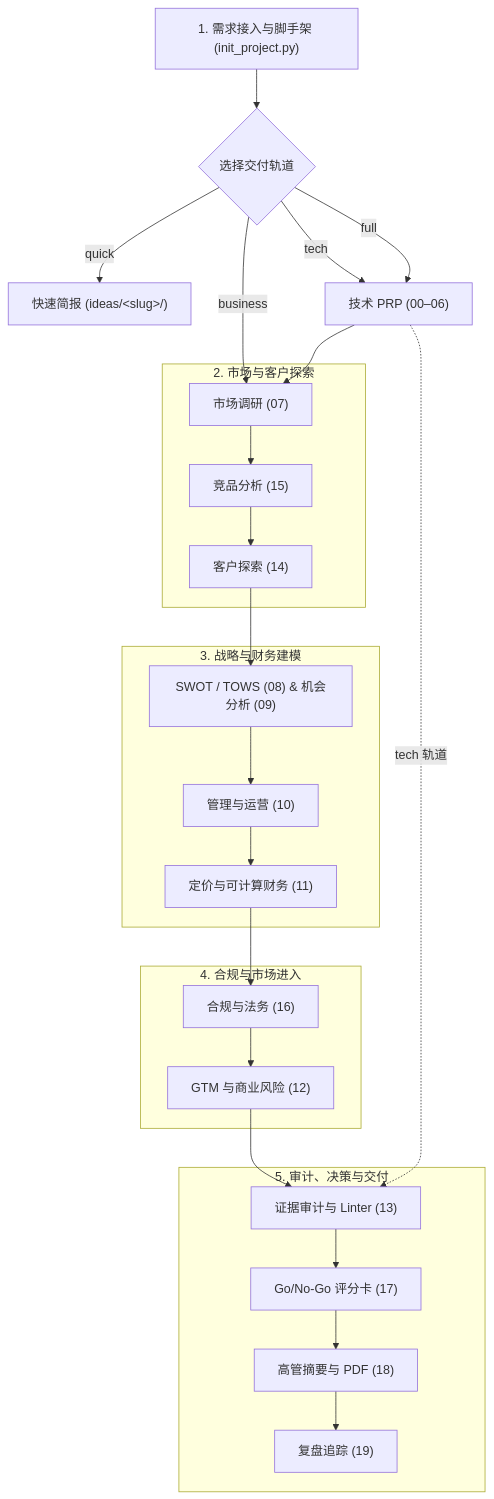
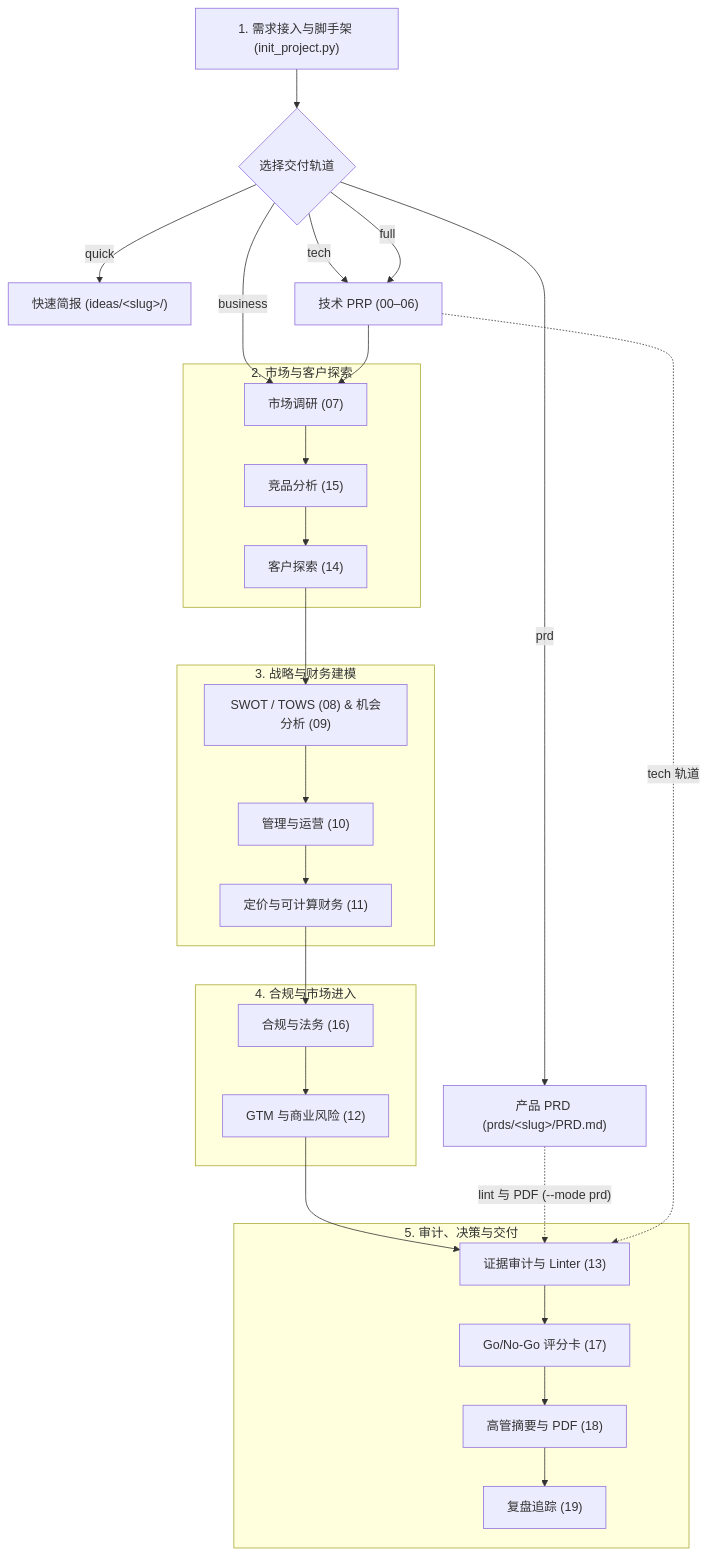
The diagram in README.zh.md (AlulCode45/IdeaForge), drawn with Mermaid before and after one commit. The commit also changed other lines of this file and 21 other files, not shown here.

````diff
--- a/README.zh.md
+++ b/README.zh.md
@@ -58,26 +60,28 @@
 ```mermaid
 flowchart TD
     A["1. 需求接入与脚手架 (init_project.py)"] --> B{"选择交付轨道"}
     B -- "quick" --> Q["快速简报 (ideas/&lt;slug&gt;/)"]
+    B -- "prd" --> P["产品 PRD (prds/&lt;slug&gt;/PRD.md)"]
     B -- "tech" --> T["技术 PRP (00–06)"]
     B -- "business" --> M["市场调研 (07)"]
     B -- "full" --> T --> M
 
     subgraph Discovery["2. 市场与客户探索"]
         M --> C["竞品分析 (15)"] --> D["客户探索 (14)"]
     end
 
     subgraph Strategy["3. 战略与财务建模"]
         D --> S["SWOT / TOWS (08) & 机会分析 (09)"] --> MG["管理与运营 (10)"] --> F["定价与可计算财务 (11)"]
     end
 
     subgraph Risk["4. 合规与市场进入"]
         F --> L["合规与法务 (16)"] --> G["GTM 与商业风险 (12)"]
     end
 
     subgraph Decision["5. 审计、决策与交付"]
         G --> E["证据审计与 Linter (13)"] --> SC["Go/No-Go 评分卡 (17)"] --> EX["高管摘要与 PDF (18)"] --> R["复盘追踪 (19)"]
     end
 
+    P -. "lint 与 PDF (--mode prd)" .-> E
     T -. "tech 轨道" .-> E
 ```
````
